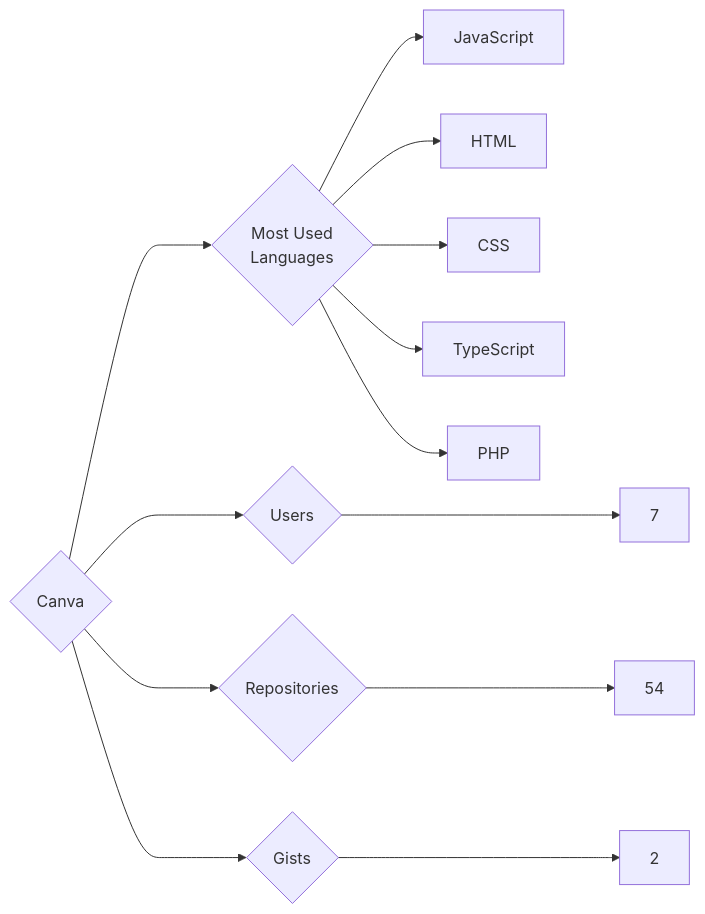
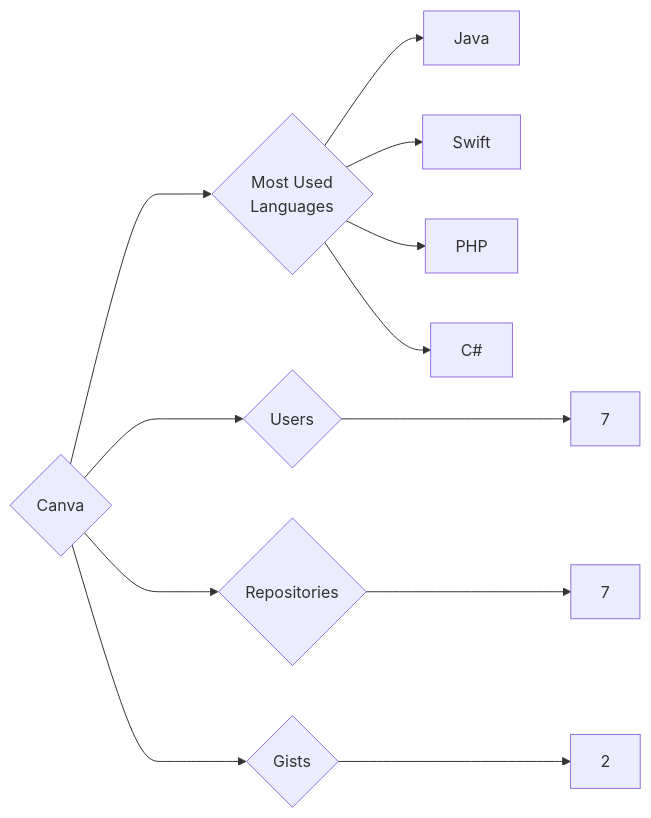
One commit to trickest/insiders changed the diagram in targets/Canva/README.md. Above: the diagram before and after it, drawn with Mermaid. The commit also changed 1149 other files, not shown here.

````diff
--- a/targets/Canva/README.md
+++ b/targets/Canva/README.md
@@ -3,13 +3,12 @@
 ```mermaid
 graph LR
 COMPANY_NAME{Canva}
 COMPANY_NAME ---> U{Users} ---> UN[7]
-COMPANY_NAME ---> R{Repositories} ---> RN[54]
+COMPANY_NAME ---> R{Repositories} ---> RN[7]
 COMPANY_NAME ---> G{Gists} ---> GN[2]
 COMPANY_NAME ---> ML{Most Used<br>Languages}
-ML --> JavaScript[JavaScript]
-ML --> HTML[HTML]
-ML --> CSS[CSS]
-ML --> TypeScript[TypeScript]
+ML --> Java[Java]
+ML --> Swift[Swift]
 ML --> PHP[PHP]
+ML --> C#[C#]
 ```
````
